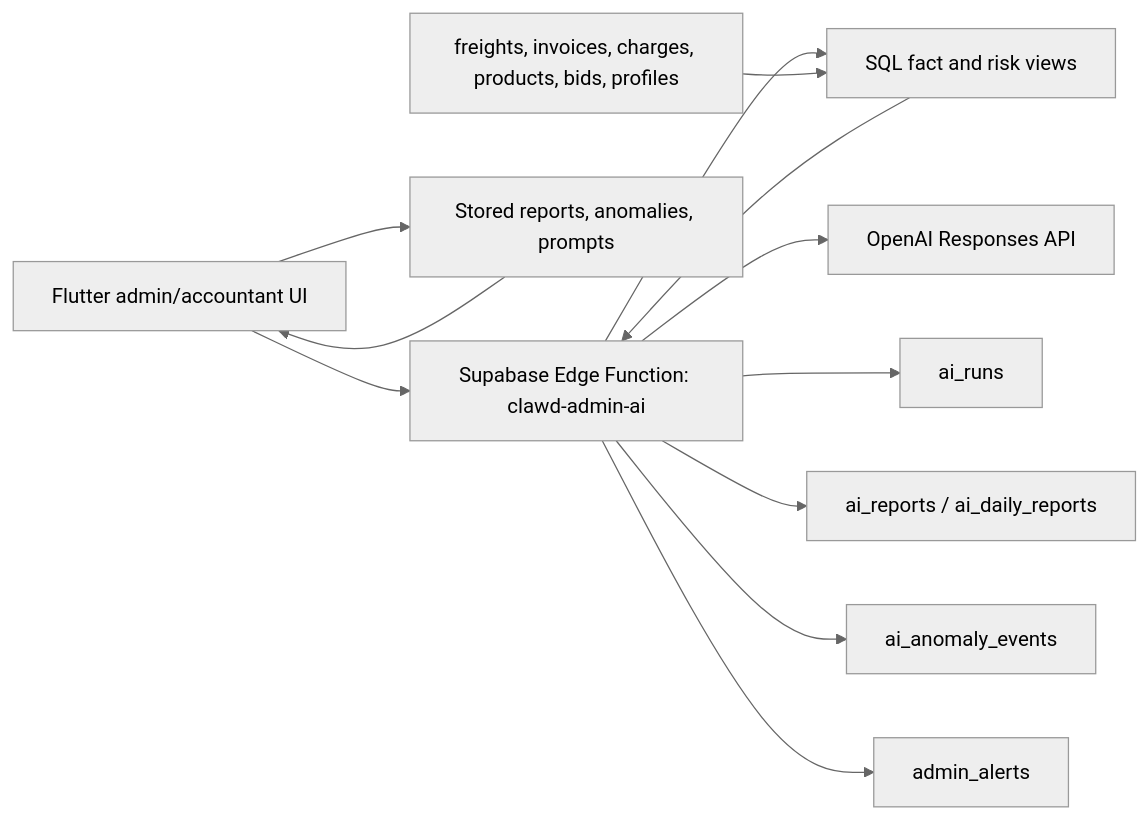
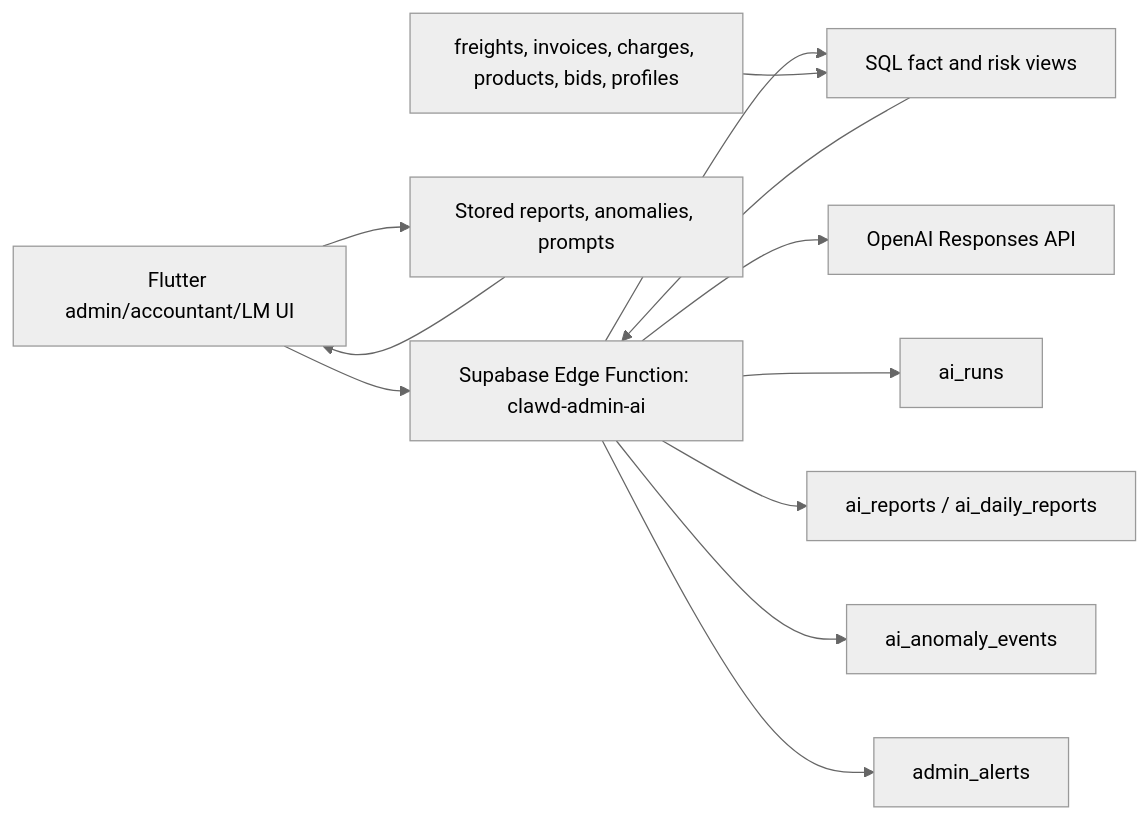
The first of 2 diagrams in docs/clawd-ai-architecture.md (devotedayush/Kaysons-logistics), drawn with Mermaid (neutral theme) before and after one commit. The commit also changed other lines of this file and 10 other files, not shown here.

````diff
--- a/docs/clawd-ai-architecture.md
+++ b/docs/clawd-ai-architecture.md
@@ -9,16 +9,16 @@
 ```mermaid
 flowchart LR
-  App["Flutter admin/accountant UI"] --> EF["Supabase Edge Function: clawd-admin-ai"]
+  App["Flutter admin/accountant/LM UI"] --> EF["Supabase Edge Function: clawd-admin-ai"]
   App --> Stored["Stored reports, anomalies, prompts"]
 
   EF --> Views["SQL fact and risk views"]
   EF --> OpenAI["OpenAI Responses API"]
   EF --> Runs["ai_runs"]
   EF --> Reports["ai_reports / ai_daily_reports"]
   EF --> Events["ai_anomaly_events"]
   EF --> Alerts["admin_alerts"]
 
   Base["freights, invoices, charges, products, bids, profiles"] --> Views
   Views --> EF
   Stored --> App
 ```
````
